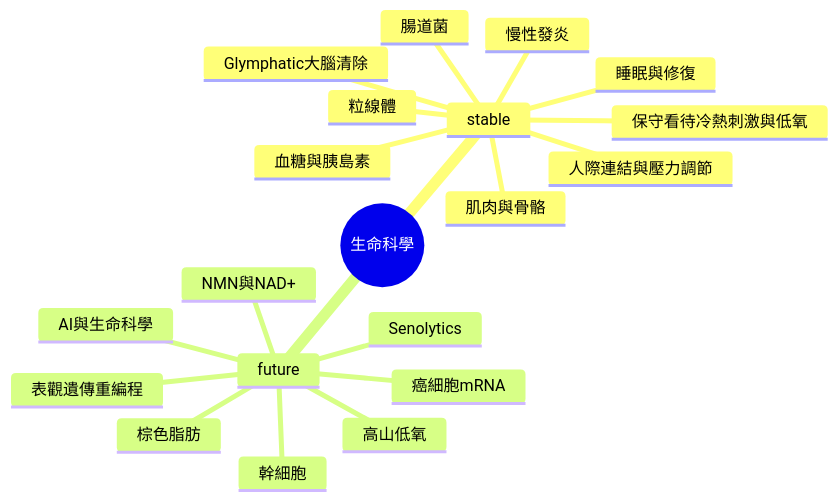
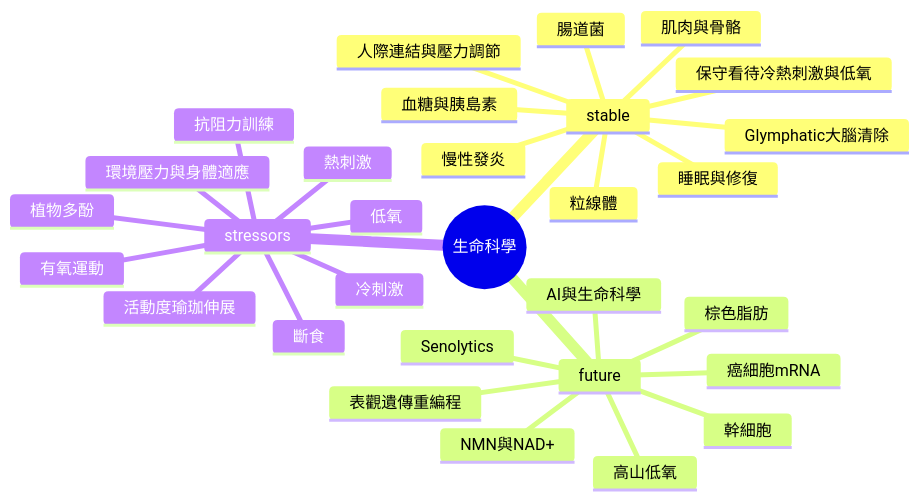
One commit to WangChengYeh/150-year-old changed the third of 3 diagrams in mindmap.md. Above: the diagram before and after it, drawn with Mermaid. The commit also changed other lines of this file, not shown here.

Commit message:
Align mindmap with exercise taxonomy and stressors model

````diff
--- a/mindmap.md
+++ b/mindmap.md
@@ -305,23 +323,33 @@
 ```mermaid
 mindmap
   root((生命科學))
     stable
       睡眠與修復
       Glymphatic大腦清除
       血糖與胰島素
       慢性發炎
       肌肉與骨骼
       粒線體
       腸道菌
       人際連結與壓力調節
       保守看待冷熱刺激與低氧
     future
       幹細胞
       癌細胞mRNA
       NMN與NAD+
       Senolytics
       表觀遺傳重編程
       棕色脂肪
       高山低氧
       AI與生命科學
+    stressors
+      環境壓力與身體適應
+      有氧運動
+      抗阻力訓練
+      活動度瑜珈伸展
+      冷刺激
+      熱刺激
+      低氧
+      斷食
+      植物多酚
 ```
````
